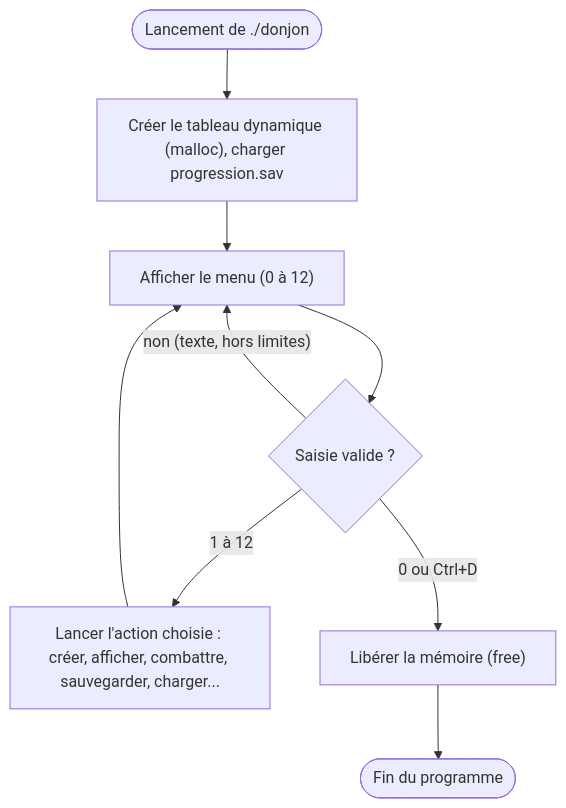
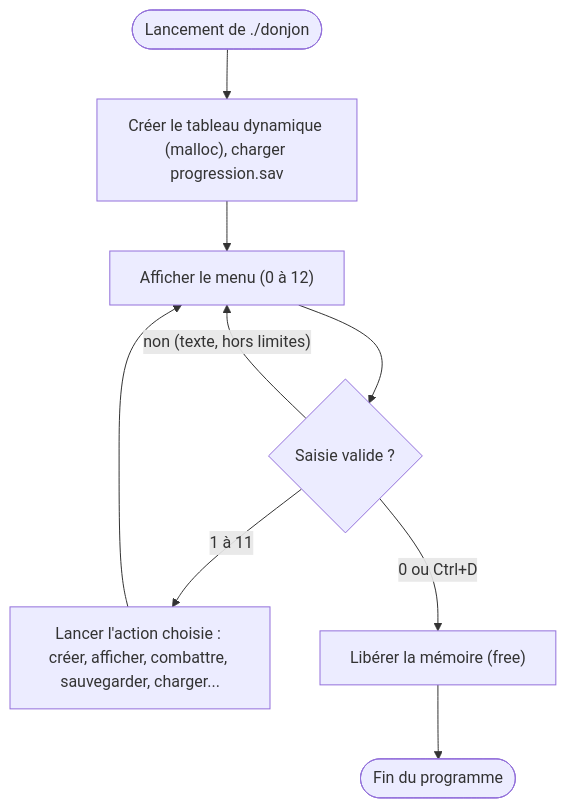
Before and after one commit to evomerse/duckgeon: the second of 15 diagrams in README.md, drawn with Mermaid. The commit also changed other lines of this file, not shown here.

````diff
--- a/README.md
+++ b/README.md
@@ -493,9 +493,9 @@
 ```mermaid
 flowchart TD
     D(["Lancement de ./donjon"]) --> I["Créer le tableau dynamique (malloc), charger progression.sav"]
     I --> M["Afficher le menu (0 à 12)"]
     M --> S{"Saisie valide ?"}
     S -- "non (texte, hors limites)" --> M
-    S -- "1 à 12" --> A["Lancer l'action choisie : créer, afficher, combattre, sauvegarder, charger..."] --> M
+    S -- "1 à 11" --> A["Lancer l'action choisie : créer, afficher, combattre, sauvegarder, charger..."] --> M
     S -- "0 ou Ctrl+D" --> F["Libérer la mémoire (free)"] --> Z(["Fin du programme"])
 ```
````
